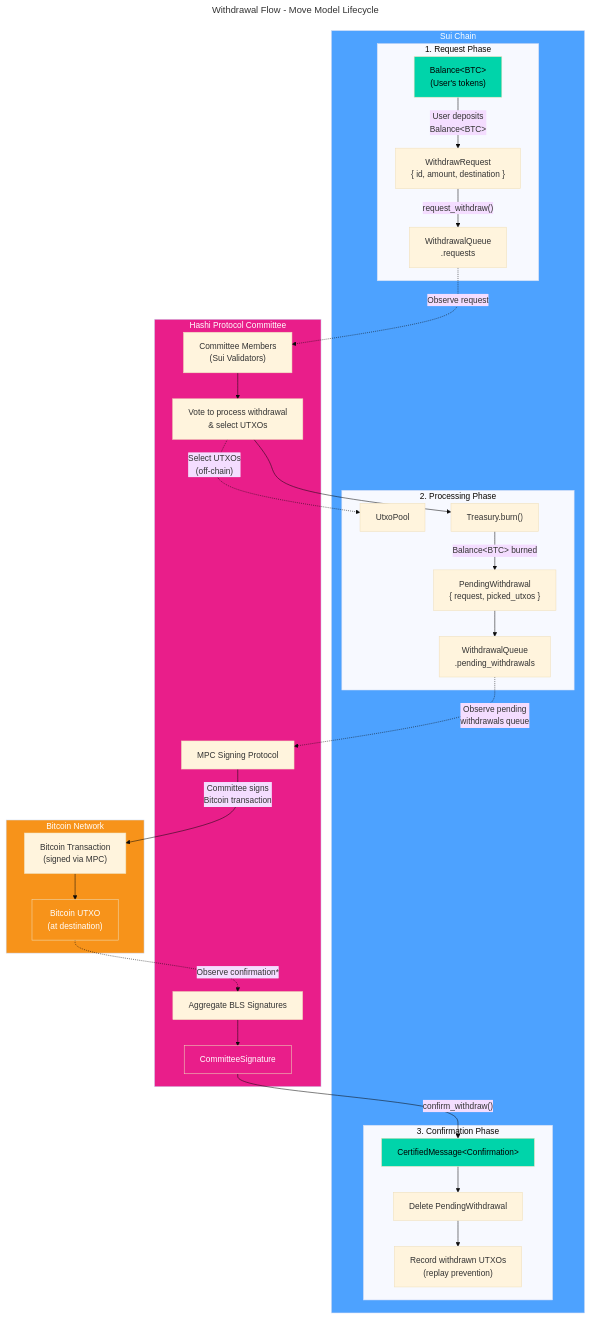
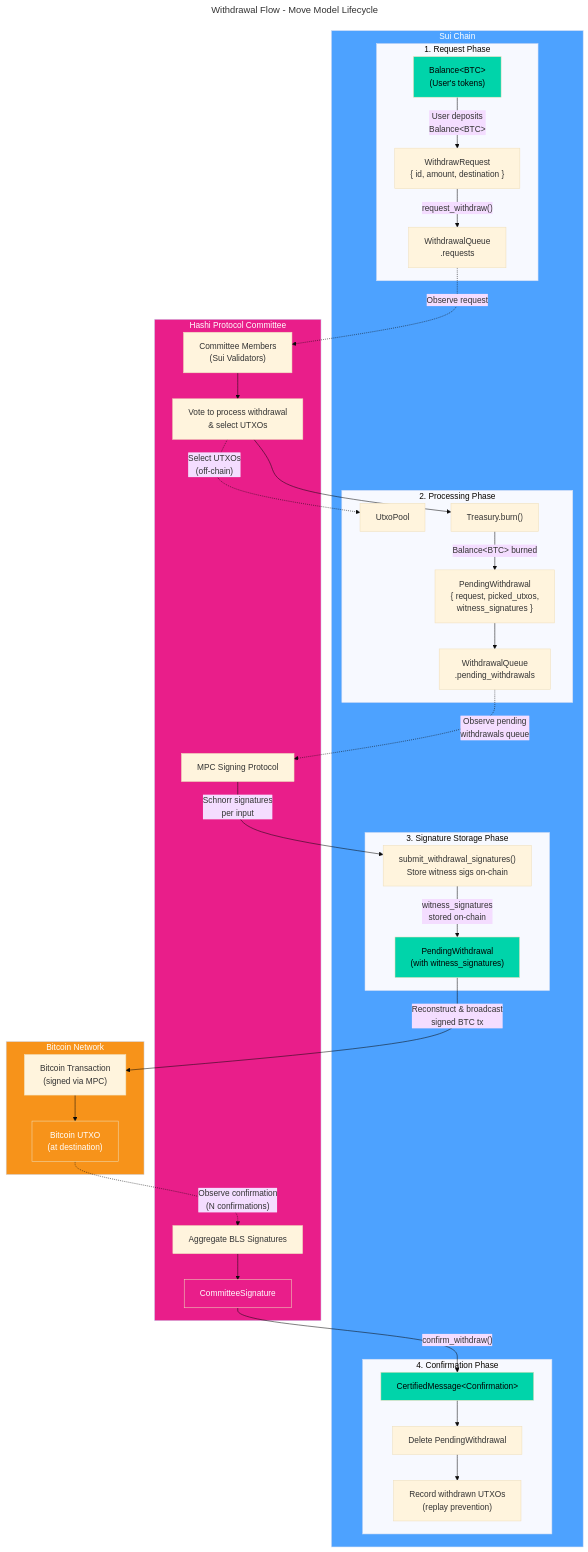
One commit to MystenLabs/hashi changed the second of 2 diagrams in design/src/move-model-lifecycle.md. Above: the diagram before and after it, drawn with Mermaid (base theme). The commit also changed other lines of this file, not shown here.

Commit message:
[withdrawal flow] store witness signatures onchain to sui to prevent the need for resigning via guardian and MPC

````diff
--- a/design/src/move-model-lifecycle.md
+++ b/design/src/move-model-lifecycle.md
@@ -74,64 +74,72 @@
 ```mermaid
 ---
 title: Withdrawal Flow - Move Model Lifecycle
 ---
 flowchart TD
     subgraph Sui["Sui Chain"]
         subgraph RequestPhase["1. Request Phase"]
             BAL["Balance&lt;BTC&gt;<br/>(User's tokens)"]
             WR["WithdrawRequest<br/>{ id, amount, destination }"]
             WRQ["WithdrawalQueue<br/>.requests"]
         end
 
         subgraph ProcessPhase["2. Processing Phase"]
             UTXO_POOL["UtxoPool<br/>"]
             BURN["Treasury.burn()"]
-            PW["PendingWithdrawal<br/>{ request, picked_utxos }"]
+            PW["PendingWithdrawal<br/>{ request, picked_utxos,<br/>witness_signatures }"]
             PWQ["WithdrawalQueue<br/>.pending_withdrawals"]
         end
 
-        subgraph ConfirmPhase["3. Confirmation Phase"]
+        subgraph SignPhase["3. Signature Storage Phase"]
+            SUBMIT_SIGS["submit_withdrawal_signatures()<br/>Store witness sigs on-chain"]
+            PW_SIGNED["PendingWithdrawal<br/>(with witness_signatures)"]
+        end
+
+        subgraph ConfirmPhase["4. Confirmation Phase"]
             CERTIFIED2["CertifiedMessage&lt;Confirmation&gt;"]
             DEL["Delete PendingWithdrawal"]
             RECORD["Record withdrawn UTXOs<br/>(replay prevention)"]
         end
     end
 
     subgraph Committee["Hashi Protocol Committee"]
         MEMBERS2["Committee Members<br/>(Sui Validators)"]
         VOTE["Vote to process withdrawal<br/>& select UTXOs"]
         MPC["MPC Signing Protocol"]
         SIGN2["Aggregate BLS Signatures"]
         CERT2["CommitteeSignature"]
     end
 
     subgraph Bitcoin["Bitcoin Network"]
         BTC_TX["Bitcoin Transaction<br/>(signed via MPC)"]
         BTC_UTXO["Bitcoin UTXO<br/>(at destination)"]
     end
 
     BAL -->|"User deposits<br/>Balance&lt;BTC&gt;"| WR
     WR -->|"request_withdraw()"| WRQ
     WRQ -.->|"Observe request"| MEMBERS2
     MEMBERS2 --> VOTE
     VOTE -.->|"Select UTXOs<br/>(off-chain)"| UTXO_POOL
     VOTE --> BURN
     BURN -->|"Balance&lt;BTC&gt; burned"| PW
     PW --> PWQ
     PWQ -.->|"Observe pending<br/>withdrawals queue"| MPC
-    MPC -->|"Committee signs<br/>Bitcoin transaction"| BTC_TX
+    MPC -->|"Schnorr signatures<br/>per input"| SUBMIT_SIGS
+    SUBMIT_SIGS -->|"witness_signatures<br/>stored on-chain"| PW_SIGNED
+    PW_SIGNED -->|"Reconstruct & broadcast<br/>signed BTC tx"| BTC_TX
     BTC_TX --> BTC_UTXO
-    BTC_UTXO -.->|"Observe confirmation*"| SIGN2
+    BTC_UTXO -.->|"Observe confirmation<br/>(N confirmations)"| SIGN2
     SIGN2 --> CERT2
     CERT2 -->|"confirm_withdraw()"| CERTIFIED2
     CERTIFIED2 --> DEL
     DEL --> RECORD
 
     style Bitcoin fill:#f7931a,color:#fff
     style Committee fill:#E91E8A,color:#fff
     style Sui fill:#4da2ff,color:#fff
     style BAL fill:#00d4aa,color:#000
     style BTC_UTXO fill:#f7931a,color:#fff
     style CERT2 fill:#E91E8A,color:#fff
     style CERTIFIED2 fill:#00d4aa,color:#000
+    style PW_SIGNED fill:#00d4aa,color:#000
 ```
````
